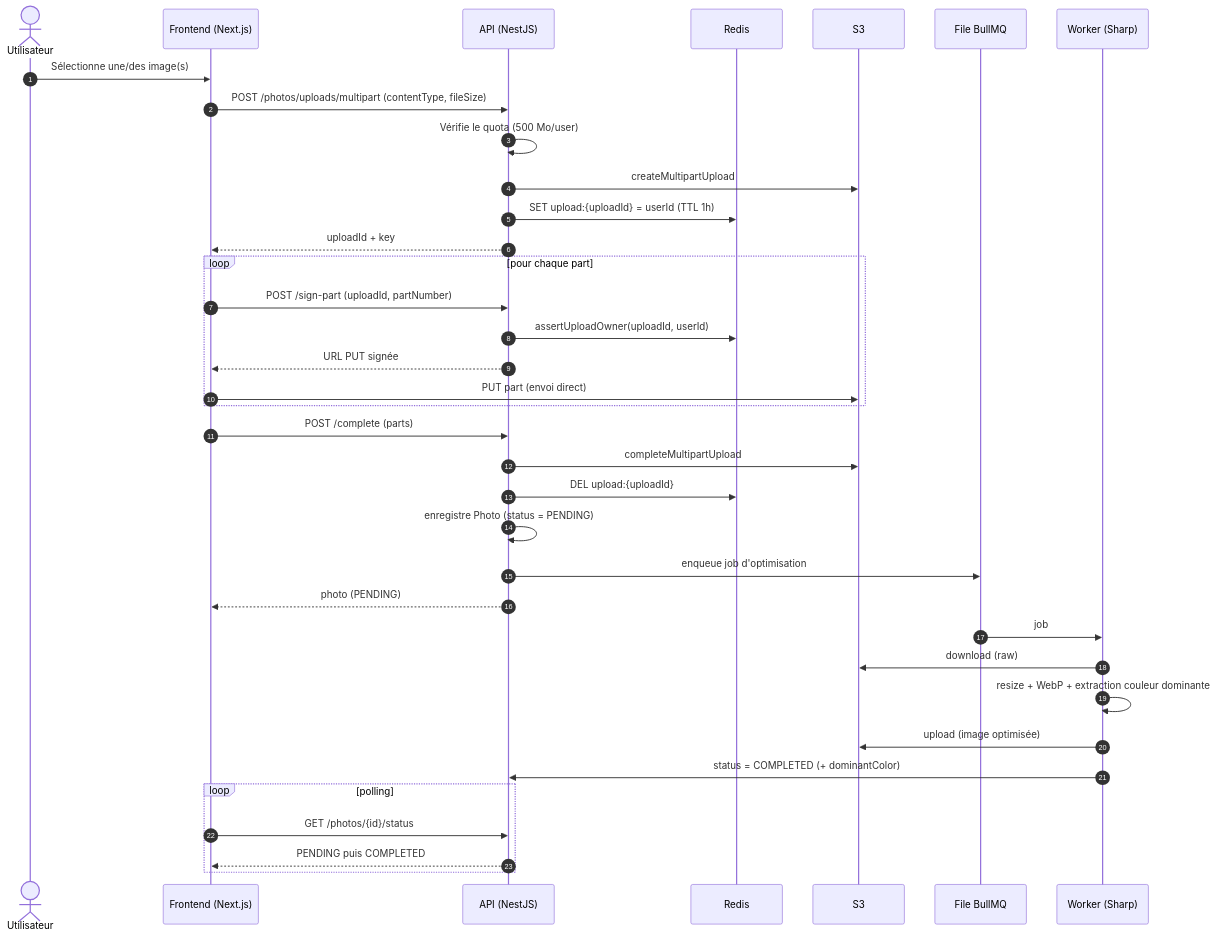
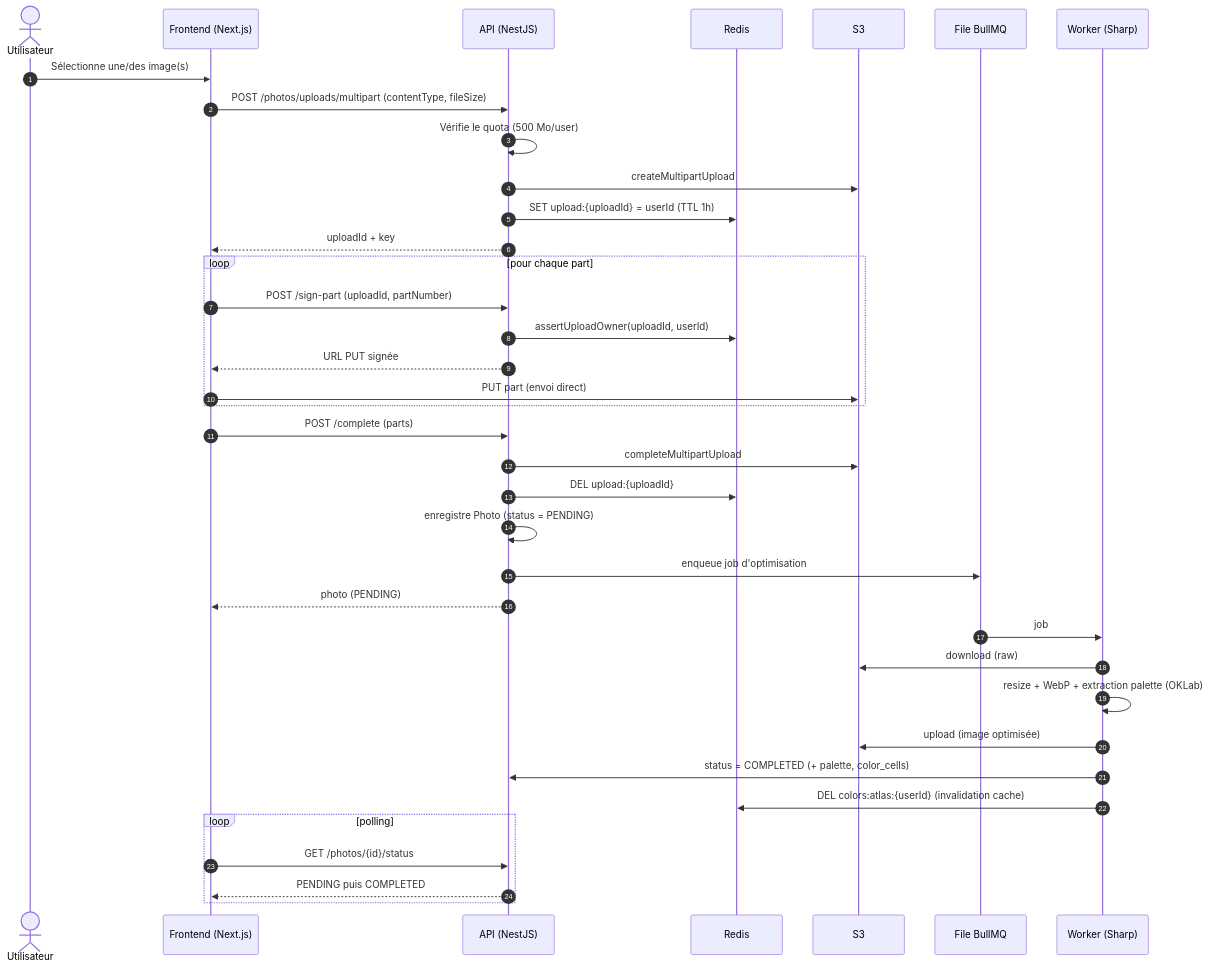
Before and after one commit to TonyMascate/fil_rouge_plateforme: the second of 4 diagrams in docs/diagramme-de-flux.md, drawn with Mermaid. The commit also changed other lines of this file and 43 other files, not shown here.

````diff
--- a/docs/diagramme-de-flux.md
+++ b/docs/diagramme-de-flux.md
@@ -59,43 +59,44 @@
 ```mermaid
 sequenceDiagram
     autonumber
     actor U as Utilisateur
     participant F as Frontend (Next.js)
     participant A as API (NestJS)
     participant R as Redis
     participant S as S3
     participant Q as File BullMQ
     participant W as Worker (Sharp)
 
     U->>F: Sélectionne une/des image(s)
     F->>A: POST /photos/uploads/multipart (contentType, fileSize)
     A->>A: Vérifie le quota (500 Mo/user)
     A->>S: createMultipartUpload
     A->>R: SET upload:{uploadId} = userId (TTL 1h)
     A-->>F: uploadId + key
 
     loop pour chaque part
         F->>A: POST /sign-part (uploadId, partNumber)
         A->>R: assertUploadOwner(uploadId, userId)
         A-->>F: URL PUT signée
         F->>S: PUT part (envoi direct)
     end
 
     F->>A: POST /complete (parts)
     A->>S: completeMultipartUpload
     A->>R: DEL upload:{uploadId}
     A->>A: enregistre Photo (status = PENDING)
     A->>Q: enqueue job d'optimisation
     A-->>F: photo (PENDING)
 
     Q->>W: job
     W->>S: download (raw)
-    W->>W: resize + WebP + extraction couleur dominante
+    W->>W: resize + WebP + extraction palette (OKLab)
     W->>S: upload (image optimisée)
-    W->>A: status = COMPLETED (+ dominantColor)
+    W->>A: status = COMPLETED (+ palette, color_cells)
+    W->>R: DEL colors:atlas:{userId} (invalidation cache)
 
     loop polling
         F->>A: GET /photos/{id}/status
         A-->>F: PENDING puis COMPLETED
     end
 ```
````
